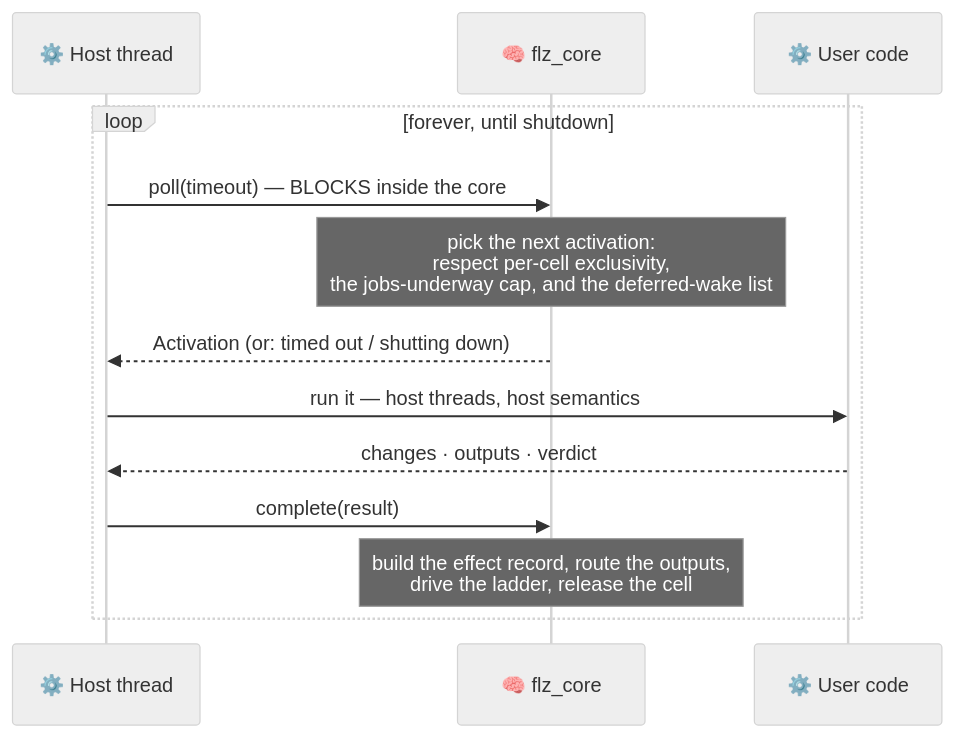
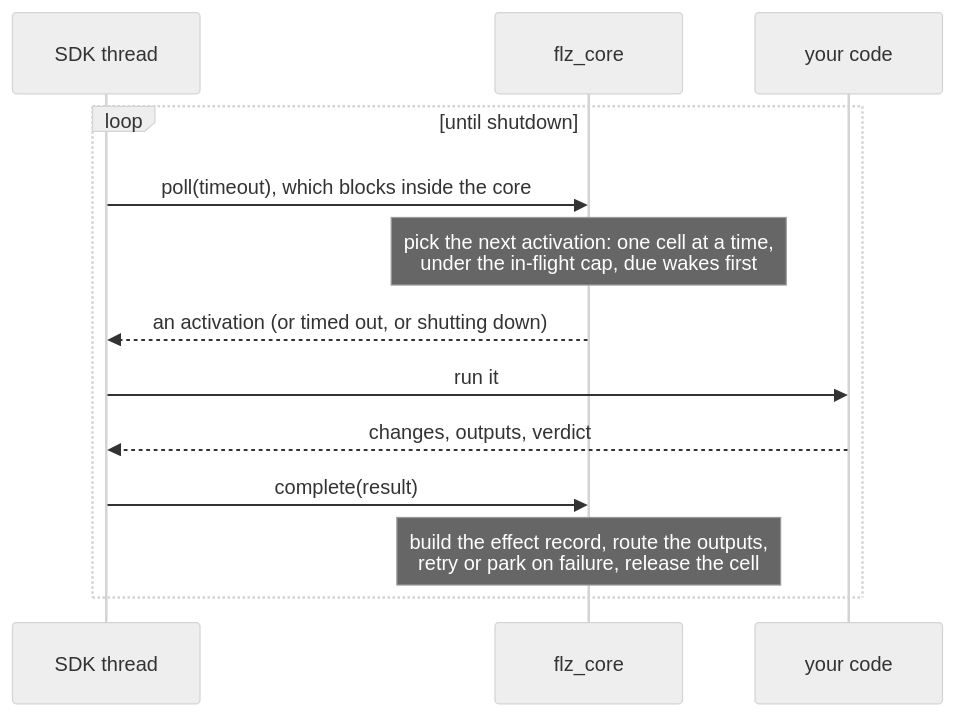
One commit to Flezha/flezha changed the second of 4 diagrams in docs/architecture/runner.md. Above: the diagram before and after it, drawn with Mermaid (neutral theme). The commit also changed other lines of this file and 10 other files, not shown here.

First line of the commit message:
Publish the architecture pages as their own chapter in the docs

````diff
--- a/docs/architecture/runner.md
+++ b/docs/architecture/runner.md
@@ -62,16 +70,16 @@
 ```mermaid
 sequenceDiagram
-    participant W as ⚙️ Host thread
-    participant CORE as 🧠 flz_core
-    participant USER as ⚙️ User code
+    participant W as SDK thread
+    participant CORE as flz_core
+    participant USER as your code
 
-    loop forever, until shutdown
-        W->>CORE: poll(timeout) — BLOCKS inside the core
-        Note over CORE: pick the next activation:<br/>respect per-cell exclusivity,<br/>the jobs-underway cap, and the deferred-wake list
-        CORE-->>W: Activation (or: timed out / shutting down)
-        W->>USER: run it — host threads, host semantics
-        USER-->>W: changes · outputs · verdict
+    loop until shutdown
+        W->>CORE: poll(timeout), which blocks inside the core
+        Note over CORE: pick the next activation: one cell at a time,<br/>under the in-flight cap, due wakes first
+        CORE-->>W: an activation (or timed out, or shutting down)
+        W->>USER: run it
+        USER-->>W: changes, outputs, verdict
         W->>CORE: complete(result)
-        Note over CORE: build the effect record, route the outputs,<br/>drive the ladder, release the cell
+        Note over CORE: build the effect record, route the outputs,<br/>retry or park on failure, release the cell
     end
 ```
````
